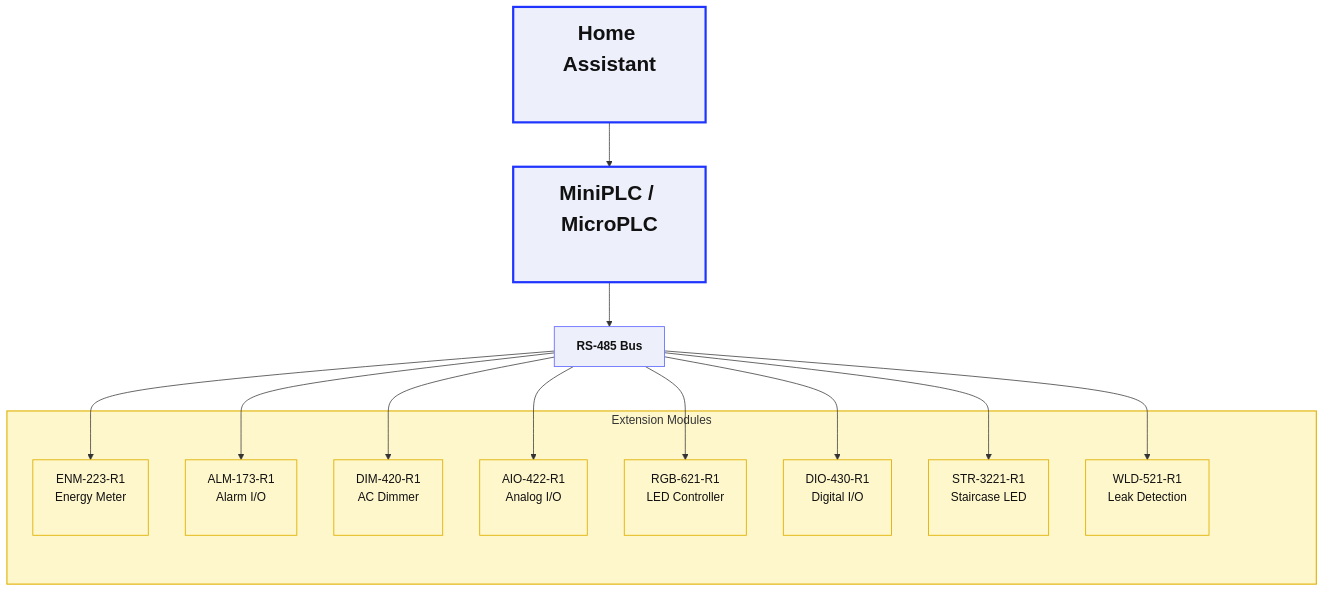
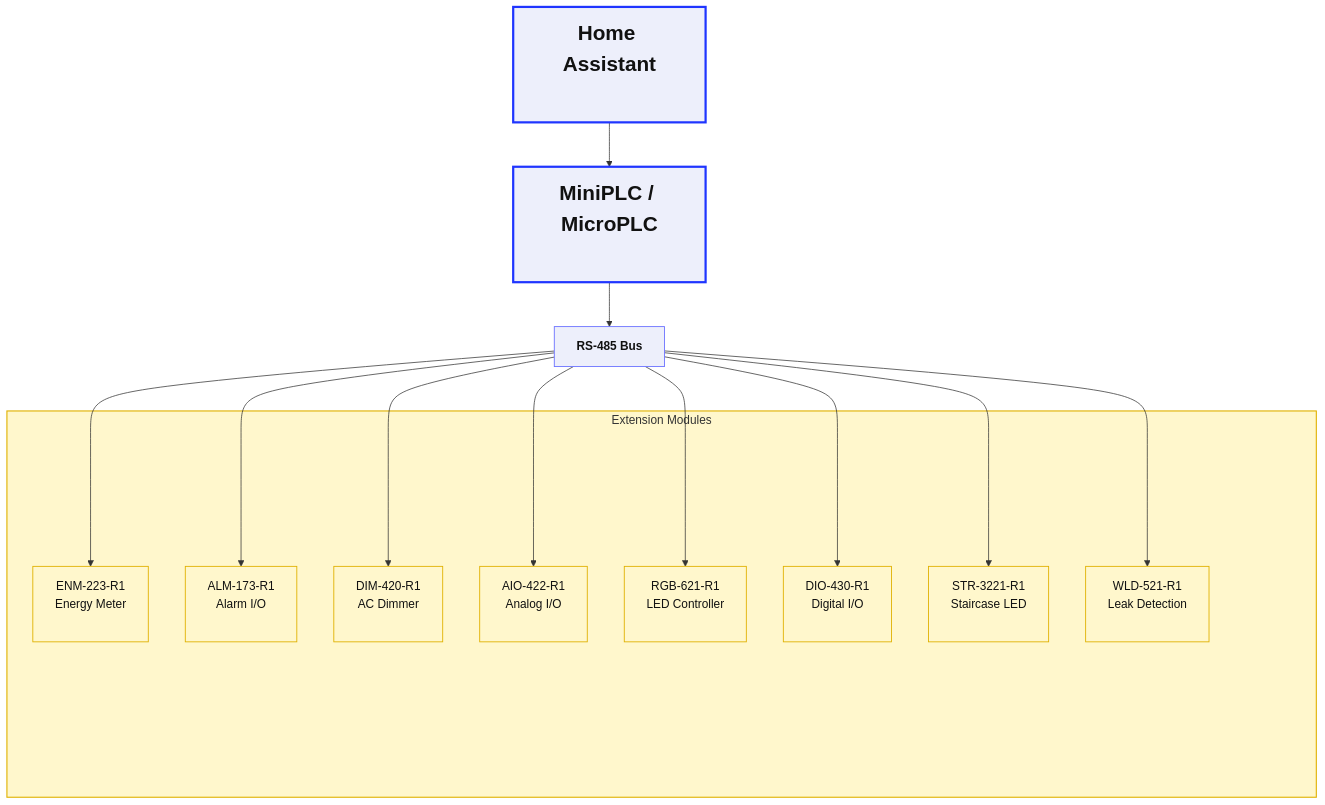
One commit to isystemsautomation/HOMEMASTER changed the diagram in README.md. Above: the diagram before and after it, drawn with Mermaid.

````diff
--- a/README.md
+++ b/README.md
@@ -27,37 +27,37 @@
 ```mermaid
 %%{init: {"flowchart":{"htmlLabels":true,"nodeSpacing":50,"rankSpacing":60}}}%%
 flowchart TD
   %% Classes
   classDef hub fill:#EDEFFB,stroke:#6B72FF,stroke-width:1.2px,color:#111,font-weight:bold;
   classDef big fill:#EDEFFB,stroke:#1F35FF,stroke-width:3px,color:#111,font-weight:bold,font-size:28px;
   classDef mod fill:#FFF7CC,stroke:#E0B100,stroke-width:1.2px,color:#111;
   classDef ghost fill:transparent,stroke:transparent,color:transparent;
 
   %% Double-sized HA and PLC (bigger font + extra line breaks)
   HA["Home Assistant<br/><br/>"]:::big --> PLC["MiniPLC / MicroPLC<br/><br/>"]:::big
   PLC --> RS485[RS-485 Bus]:::hub
 
   %% Subgraph with taller nodes; extra <br/> increases node height
   subgraph Mods["Extension Modules"]
     ENM["ENM-223-R1<br/>Energy Meter<br/><br/>"]:::mod
     ALM["ALM-173-R1<br/>Alarm I/O<br/><br/>"]:::mod
     DIM["DIM-420-R1<br/>AC Dimmer<br/><br/>"]:::mod
     AIO["AIO-422-R1<br/>Analog I/O<br/><br/>"]:::mod
     RGB["RGB-621-R1<br/>LED Controller<br/><br/>"]:::mod
     DIO["DIO-430-R1<br/>Digital I/O<br/><br/>"]:::mod
     STR["STR-3221-R1<br/>Staircase LED<br/><br/>"]:::mod
     WLD["WLD-521-R1<br/>Leak Detection<br/><br/>"]:::mod
-    SP1["<br/><br/><br/><br/><br/><br/>"]:::ghost
+    SP1["<br/><br/><br/><br/><br/><br/><br/><br/><br/><br/><br/><br/><br/><br/><br/><br/><br/><br/>"]:::ghost
   end
   style Mods fill:#FFF7CC,stroke:#E0B100,stroke-width:1.5px
 
   %% Edges
   RS485 --> ENM
   RS485 --> ALM
   RS485 --> DIM
   RS485 --> AIO
   RS485 --> RGB
   RS485 --> DIO
   RS485 --> STR
   RS485 --> WLD
 ```
````
